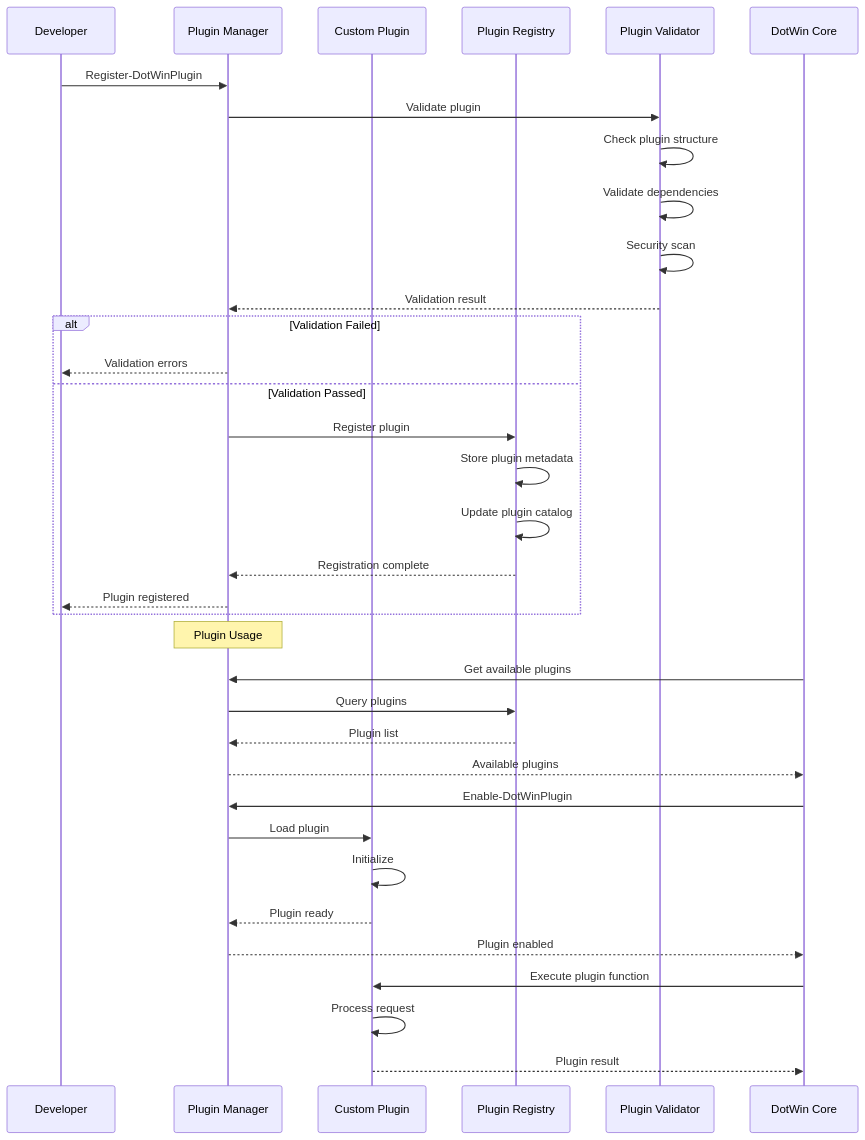
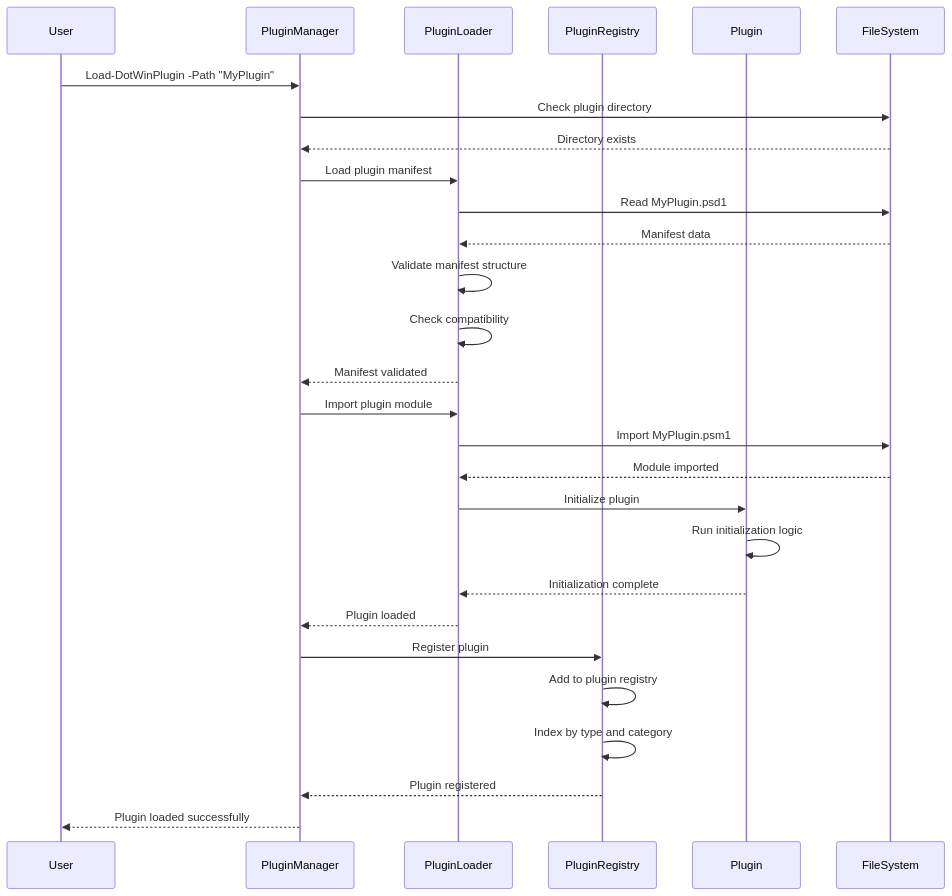
The ninth of 16 diagrams in docs/SequenceDiagrams.md (albedosehen/dot-win), drawn with Mermaid before and after one commit. The commit also changed other lines of this file and 69 other files, not shown here.

Commit message:
Bridge DotWin configuration management and config files

````diff
--- a/docs/SequenceDiagrams.md
+++ b/docs/SequenceDiagrams.md
@@ -246,42 +376,35 @@
 ```mermaid
 sequenceDiagram
-    participant Developer
-    participant PluginMgr as Plugin Manager
-    participant Plugin as Custom Plugin
-    participant Registry as Plugin Registry
-    participant Validator as Plugin Validator
-    participant DotWin as DotWin Core
+    participant User
+    participant PM as PluginManager
+    participant PL as PluginLoader
+    participant PR as PluginRegistry
+    participant Plugin
+    participant FS as FileSystem
+
+    User->>PM: Load-DotWinPlugin -Path "MyPlugin"
+    PM->>FS: Check plugin directory
+    FS-->>PM: Directory exists
     
-    Developer->>PluginMgr: Register-DotWinPlugin
-    PluginMgr->>Validator: Validate plugin
-    Validator->>Validator: Check plugin structure
-    Validator->>Validator: Validate dependencies
-    Validator->>Validator: Security scan
-    Validator-->>PluginMgr: Validation result
+    PM->>PL: Load plugin manifest
+    PL->>FS: Read MyPlugin.psd1
+    FS-->>PL: Manifest data
+    PL->>PL: Validate manifest structure
+    PL->>PL: Check compatibility
+    PL-->>PM: Manifest validated
     
-    alt Validation Failed
-        PluginMgr-->>Developer: Validation errors
-    else Validation Passed
-        PluginMgr->>Registry: Register plugin
-        Registry->>Registry: Store plugin metadata
-        Registry->>Registry: Update plugin catalog
-        Registry-->>PluginMgr: Registration complete
-        PluginMgr-->>Developer: Plugin registered
-    end
+    PM->>PL: Import plugin module
+    PL->>FS: Import MyPlugin.psm1
+    FS-->>PL: Module imported
+    PL->>Plugin: Initialize plugin
+    Plugin->>Plugin: Run initialization logic
+    Plugin-->>PL: Initialization complete
+    PL-->>PM: Plugin loaded
     
-    Note over PluginMgr: Plugin Usage
-    DotWin->>PluginMgr: Get available plugins
-    PluginMgr->>Registry: Query plugins
-    Registry-->>PluginMgr: Plugin list
-    PluginMgr-->>DotWin: Available plugins
+    PM->>PR: Register plugin
+    PR->>PR: Add to plugin registry
+    PR->>PR: Index by type and category
+    PR-->>PM: Plugin registered
     
-    DotWin->>PluginMgr: Enable-DotWinPlugin
-    PluginMgr->>Plugin: Load plugin
-    Plugin->>Plugin: Initialize
-    Plugin-->>PluginMgr: Plugin ready
-    PluginMgr-->>DotWin: Plugin enabled
-    
-    DotWin->>Plugin: Execute plugin function
-    Plugin->>Plugin: Process request
-    Plugin-->>DotWin: Plugin result
+    PM-->>User: Plugin loaded successfully
 ```
````
